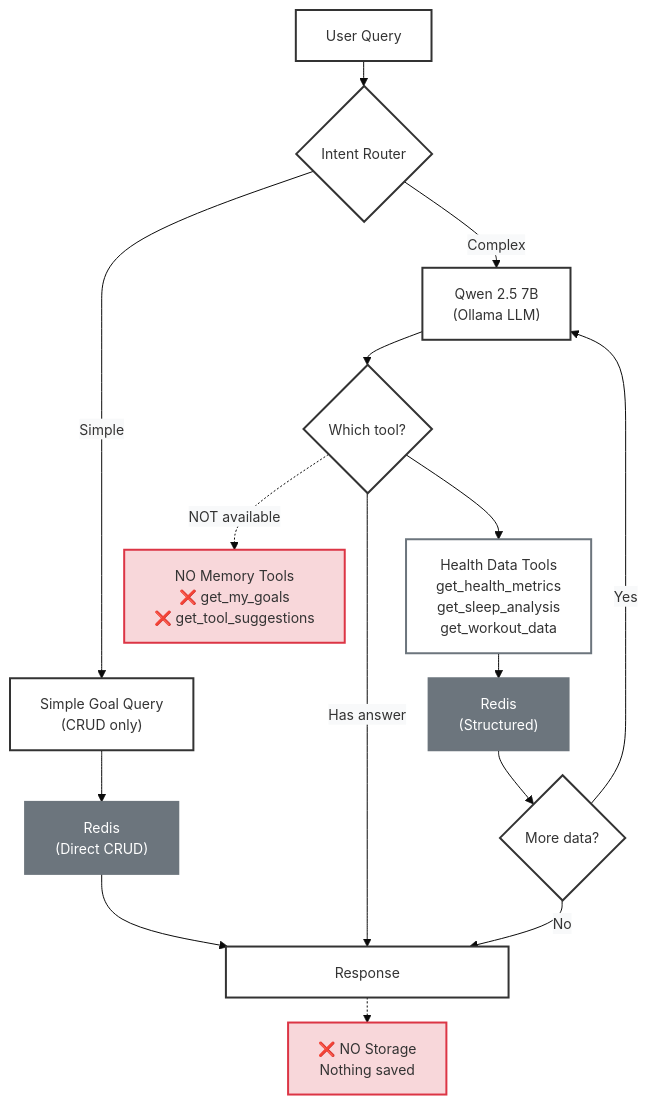
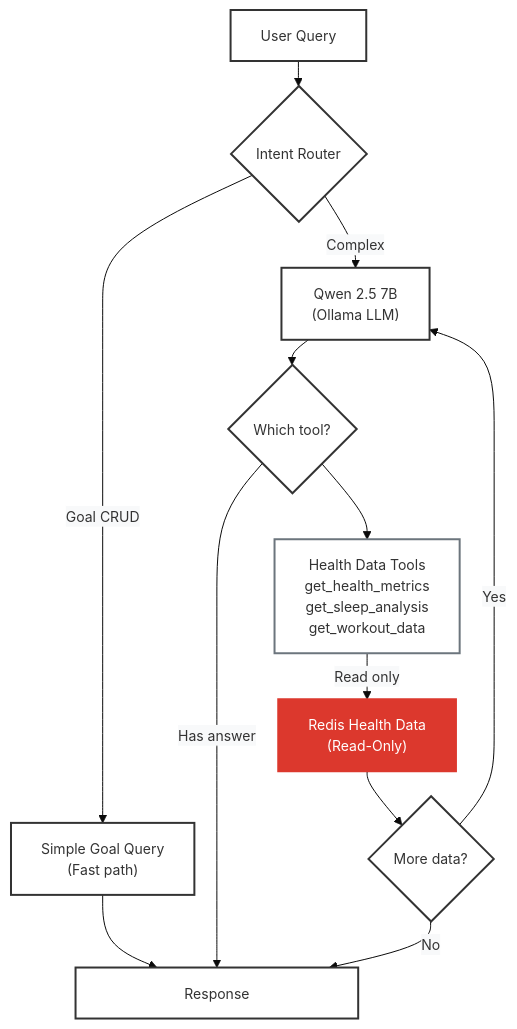
Before and after one commit to AllieRays/redis-wellness: the second of 2 diagrams in docs/STATELESS_AGENT.md, drawn with Mermaid. The commit also changed other lines of this file, not shown here.

````diff
--- a/docs/STATELESS_AGENT.md
+++ b/docs/STATELESS_AGENT.md
@@ -82,44 +78,35 @@
 ```mermaid
 %%{init: {'theme':'base', 'themeVariables': { 'fontSize':'14px', 'edgeLabelBackground':'#f8f9fa'}, 'flowchart': {'nodeSpacing': 25, 'rankSpacing': 25}}}%%
 flowchart TB
     Query["User Query"]
     Router{"Intent Router"}
-    GoalOp["Simple Goal Query<br/>(CRUD only)"]
-    GoalRedis["Redis<br/>(Direct CRUD)"]
+    GoalOp["Simple Goal Query<br/>(Fast path)"]
     LLM["Qwen 2.5 7B<br/>(Ollama LLM)"]
     Decision{"Which tool?"}
     HealthTools["Health Data Tools<br/>get_health_metrics<br/>get_sleep_analysis<br/>get_workout_data"]
-    NoTools["NO Memory Tools<br/>❌ get_my_goals<br/>❌ get_tool_suggestions"]
-    DataSource["Redis<br/>(Structured)"]
+    DataSource["Redis Health Data<br/>(Read-Only)"]
     Loop{"More data?"}
-    NoStore["❌ NO Storage<br/>Nothing saved"]
     Response["&nbsp;&nbsp;&nbsp;&nbsp;&nbsp;&nbsp;&nbsp;&nbsp;&nbsp;&nbsp;&nbsp;&nbsp;&nbsp;&nbsp;&nbsp;&nbsp;&nbsp;&nbsp;&nbsp;&nbsp;Response&nbsp;&nbsp;&nbsp;&nbsp;&nbsp;&nbsp;&nbsp;&nbsp;&nbsp;&nbsp;&nbsp;&nbsp;&nbsp;&nbsp;&nbsp;&nbsp;&nbsp;&nbsp;&nbsp;&nbsp;"]
 
     Query --> Router
-    Router -->|"Simple"| GoalOp
+    Router -->|"Goal CRUD"| GoalOp
     Router -->|"Complex"| LLM
-    GoalOp --> GoalRedis
-    GoalRedis --> Response
+    GoalOp --> Response
     LLM --> Decision
     Decision --> HealthTools
-    Decision -.->|"NOT available"| NoTools
     Decision -->|"Has answer"| Response
-    HealthTools --> DataSource
+    HealthTools -->|"Read only"| DataSource
     DataSource --> Loop
     Loop -->|Yes| LLM
     Loop -->|No| Response
-    Response -.-> NoStore
 
     style Query fill:#fff,stroke:#333,stroke-width:2px
     style Router fill:#fff,stroke:#333,stroke-width:2px
     style GoalOp fill:#fff,stroke:#333,stroke-width:2px
-    style GoalRedis fill:#6c757d,stroke:#6c757d,stroke-width:2px,color:#fff
     style LLM fill:#fff,stroke:#333,stroke-width:2px
     style Decision fill:#fff,stroke:#333,stroke-width:2px
     style HealthTools fill:#fff,stroke:#6c757d,stroke-width:2px
-    style NoTools fill:#f8d7da,stroke:#dc3545,stroke-width:2px
-    style DataSource fill:#6c757d,stroke:#6c757d,stroke-width:2px,color:#fff
+    style DataSource fill:#dc382d,stroke:#dc382d,stroke-width:2px,color:#fff
     style Loop fill:#fff,stroke:#333,stroke-width:2px
-    style NoStore fill:#f8d7da,stroke:#dc3545,stroke-width:2px
     style Response fill:#fff,stroke:#333,stroke-width:2px,min-width:500px
 ```
````
